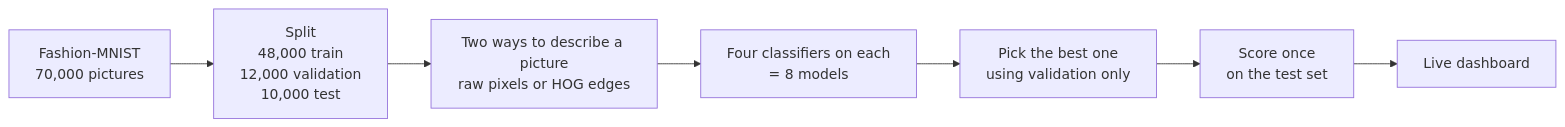
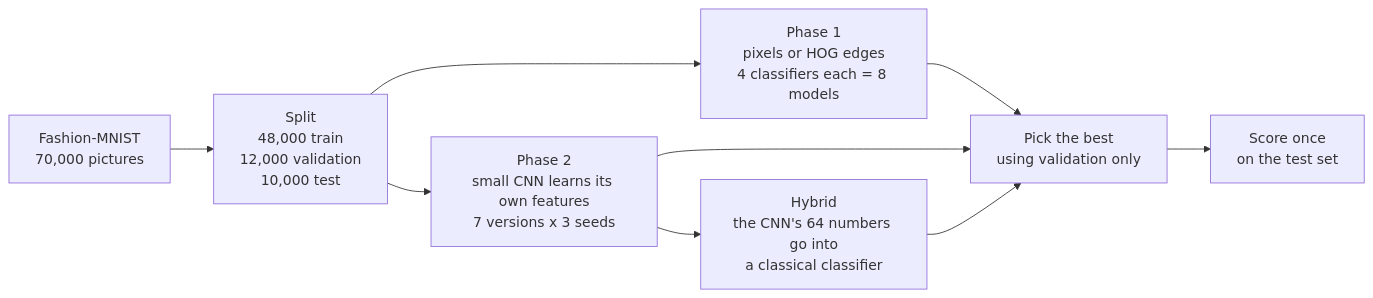
One commit to aryankinha/inventory-image-tagging changed the diagram in README.md. Above: the diagram before and after it, drawn with Mermaid. The commit also changed other lines of this file and 1 other file, not shown here.

````diff
--- a/README.md
+++ b/README.md
@@ -11,9 +11,11 @@
 ```mermaid
 flowchart LR
     A["Fashion-MNIST<br/>70,000 pictures"] --> B["Split<br/>48,000 train<br/>12,000 validation<br/>10,000 test"]
-    B --> C["Two ways to describe a picture<br/>raw pixels or HOG edges"]
-    C --> D["Four classifiers on each<br/>= 8 models"]
-    D --> E["Pick the best one<br/>using validation only"]
-    E --> F["Score once<br/>on the test set"]
-    F --> G["Live dashboard"]
+    B --> P1["Phase 1<br/>pixels or HOG edges<br/>4 classifiers each = 8 models"]
+    B --> P2["Phase 2<br/>small CNN learns its own features<br/>7 versions x 3 seeds"]
+    P2 --> H["Hybrid<br/>the CNN's 64 numbers go into<br/>a classical classifier"]
+    P1 --> V["Pick the best<br/>using validation only"]
+    P2 --> V
+    H --> V
+    V --> T["Score once<br/>on the test set"]
 ```
````
